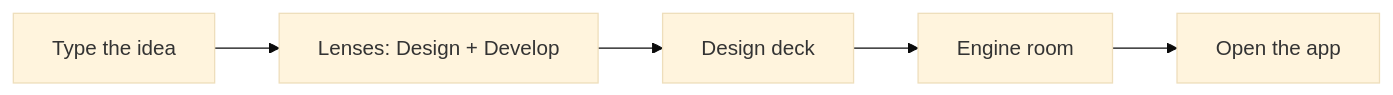
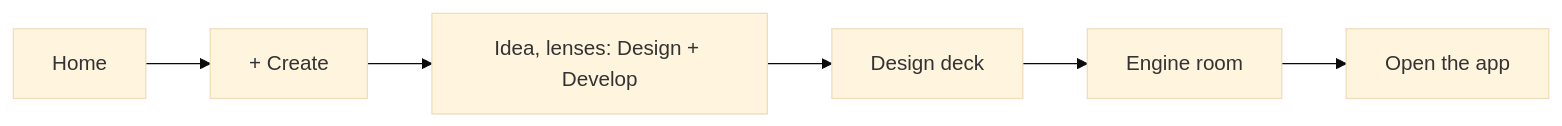
Diagram 20 of 22 in docs/ux/SITEMAP.md (Pukujan/swarm-studio), drawn with Mermaid (base theme) before and after one commit. The commit also changed other lines of this file and 4 other files, not shown here.

````diff
--- a/docs/ux/SITEMAP.md
+++ b/docs/ux/SITEMAP.md
@@ -414,4 +435,4 @@
 ```mermaid
 flowchart LR
-  e1[Type the idea] --> e2["Lenses: Design + Develop"] --> e3[Design deck] --> e4[Engine room] --> e5[Open the app]
+  e0[Home] --> e1["+ Create"] --> e2["Idea, lenses: Design + Develop"] --> e3[Design deck] --> e4[Engine room] --> e5[Open the app]
 ```
````
